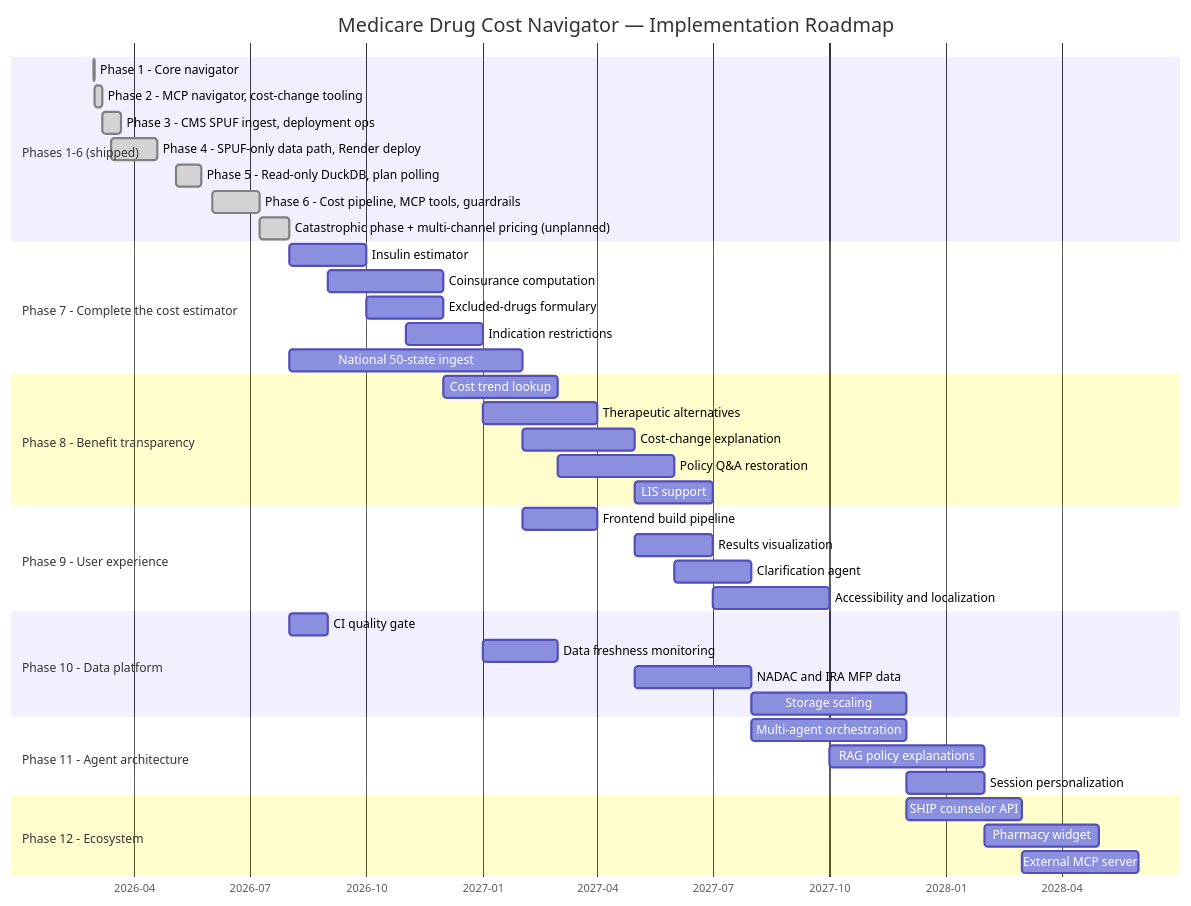
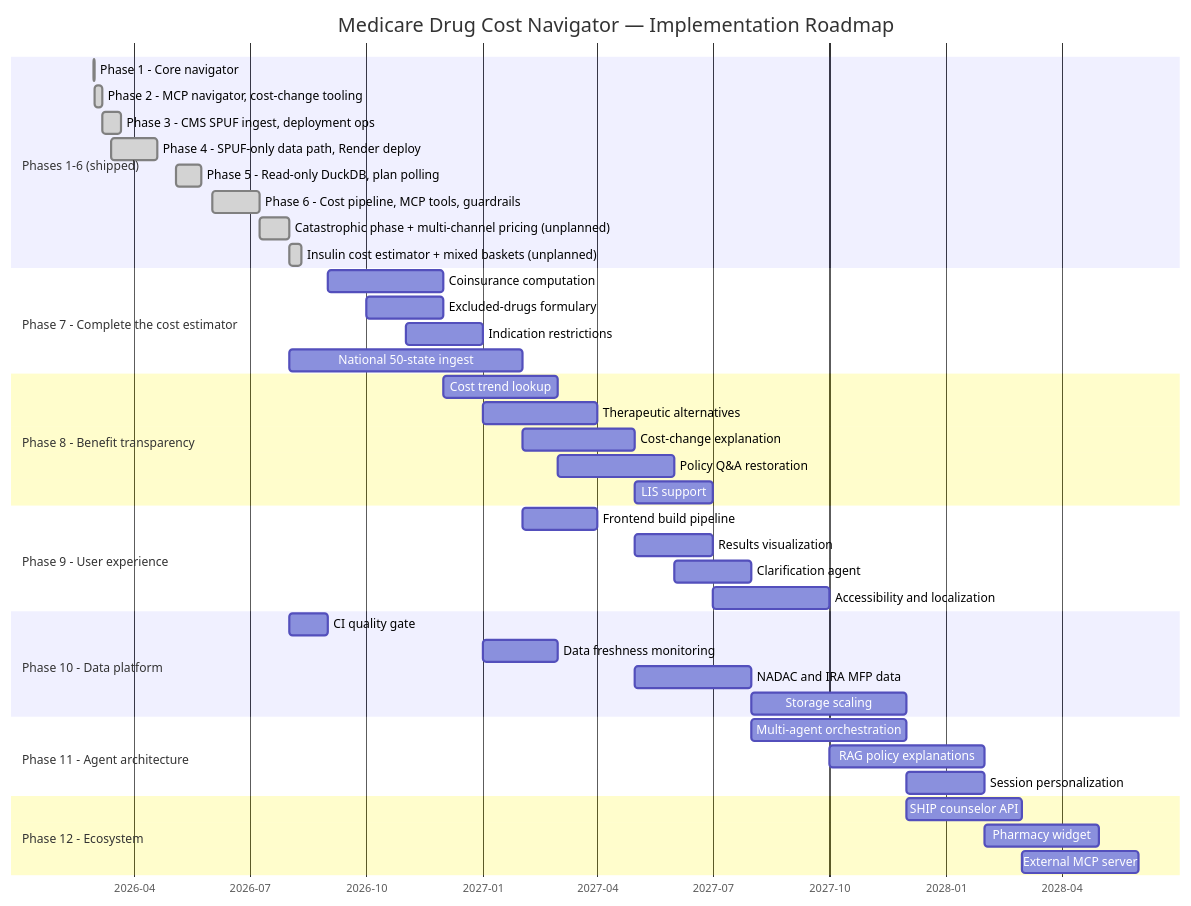
One commit to SreeCodes2021/Medicare-drug-cost-navigator changed the fourth of 4 diagrams in docs/business-solution.md. Above: the diagram before and after it, drawn with Mermaid. The commit also changed other lines of this file and 55 other files, not shown here.

First line of the commit message:
Add insulin cap billing, mixed baskets, and QA suites (#2)

````diff
--- a/docs/business-solution.md
+++ b/docs/business-solution.md
@@ -665,51 +678,51 @@
 ```mermaid
 gantt
     title Medicare Drug Cost Navigator — Implementation Roadmap
     dateFormat YYYY-MM-DD
     axisFormat %Y-%m
 
     section Phases 1-6 (shipped)
     Phase 1 - Core navigator                       :done, p1, 2026-02-28, 2026-03-01
     Phase 2 - MCP navigator, cost-change tooling    :done, p2, 2026-03-01, 2026-03-07
     Phase 3 - CMS SPUF ingest, deployment ops       :done, p3, 2026-03-07, 2026-03-22
     Phase 4 - SPUF-only data path, Render deploy    :done, p4, 2026-03-14, 2026-04-19
     Phase 5 - Read-only DuckDB, plan polling        :done, p5, 2026-05-04, 2026-05-24
     Phase 6 - Cost pipeline, MCP tools, guardrails  :done, p6, 2026-06-02, 2026-07-09
     Catastrophic phase + multi-channel pricing (unplanned) :done, p6b, 2026-07-09, 2026-08-01
+    Insulin cost estimator + mixed baskets (unplanned) :done, p6c, 2026-08-01, 2026-08-11
 
     section Phase 7 - Complete the cost estimator
-    Insulin estimator                    :p7a, 2026-08-01, 2026-10-01
     Coinsurance computation              :p7c, 2026-09-01, 2026-12-01
     Excluded-drugs formulary             :p7d, 2026-10-01, 2026-12-01
     Indication restrictions              :p7e, 2026-11-01, 2027-01-01
     National 50-state ingest             :p7f, 2026-08-01, 2027-02-01
 
     section Phase 8 - Benefit transparency
     Cost trend lookup                    :p8a, 2026-12-01, 2027-03-01
     Therapeutic alternatives             :p8b, 2027-01-01, 2027-04-01
     Cost-change explanation              :p8c, 2027-02-01, 2027-05-01
     Policy Q&A restoration               :p8d, 2027-03-01, 2027-06-01
     LIS support                          :p8e, 2027-05-01, 2027-07-01
 
     section Phase 9 - User experience
     Frontend build pipeline              :p9a, 2027-02-01, 2027-04-01
     Results visualization                :p9b, 2027-05-01, 2027-07-01
     Clarification agent                  :p9c, 2027-06-01, 2027-08-01
     Accessibility and localization       :p9d, 2027-07-01, 2027-10-01
 
     section Phase 10 - Data platform
     CI quality gate                      :p10a, 2026-08-01, 2026-09-01
     Data freshness monitoring            :p10b, 2027-01-01, 2027-03-01
     NADAC and IRA MFP data               :p10c, 2027-05-01, 2027-08-01
     Storage scaling                      :p10d, 2027-08-01, 2027-12-01
 
     section Phase 11 - Agent architecture
     Multi-agent orchestration            :p11a, 2027-08-01, 2027-12-01
     RAG policy explanations              :p11b, 2027-10-01, 2028-02-01
     Session personalization              :p11c, 2027-12-01, 2028-02-01
 
     section Phase 12 - Ecosystem
     SHIP counselor API                   :p12a, 2027-12-01, 2028-03-01
     Pharmacy widget                      :p12b, 2028-02-01, 2028-05-01
     External MCP server                  :p12c, 2028-03-01, 2028-06-01
 ```
````
